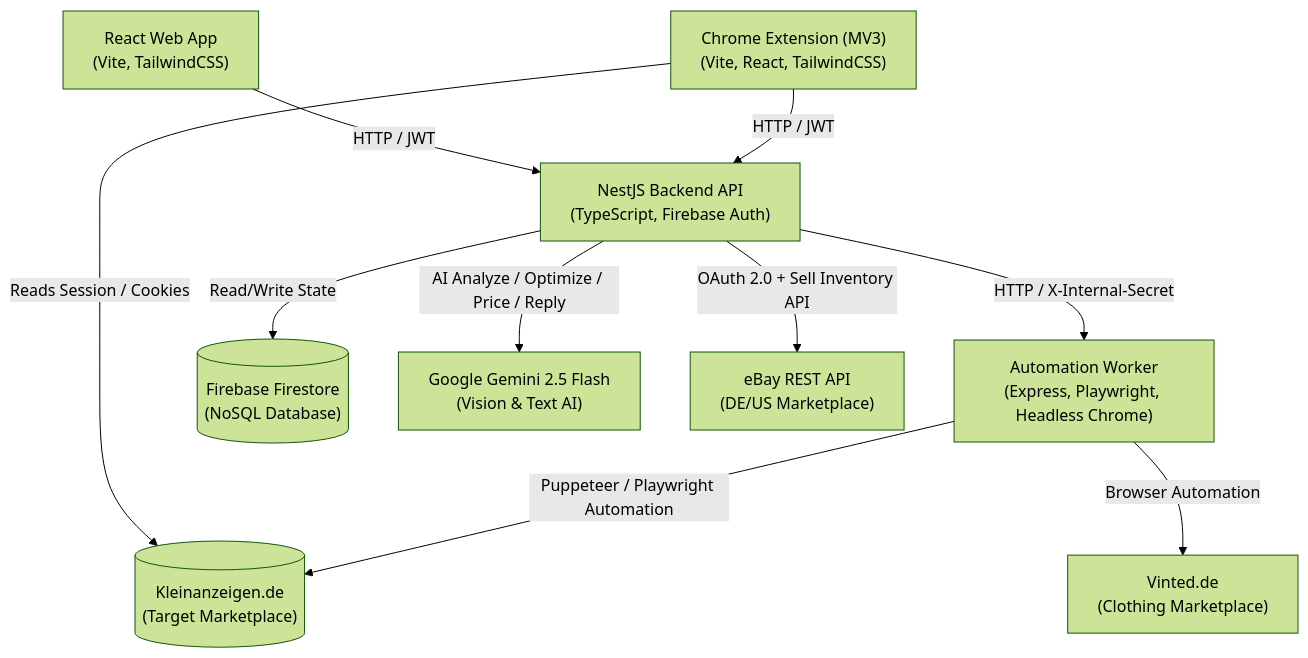
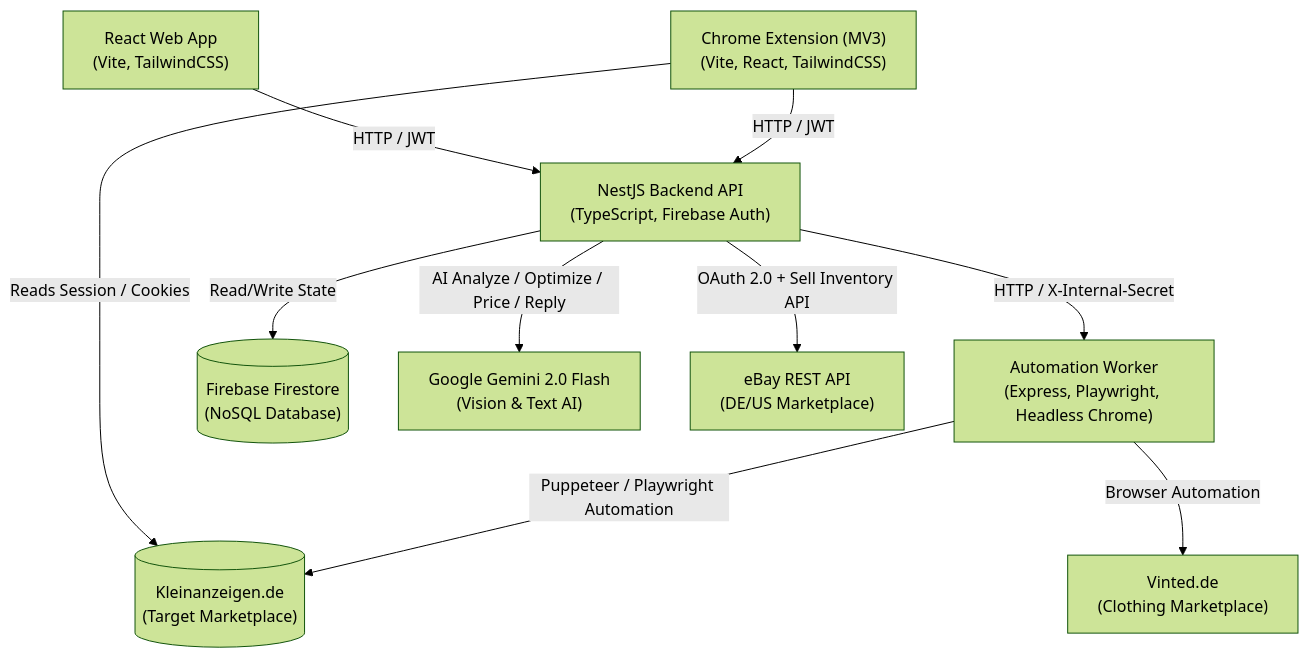
Before and after one commit to Rebaiahmed/kleinanzeigen-boost: the first of 7 diagrams in ARCHITECTURE.md, drawn with Mermaid (forest theme). The commit also changed other lines of this file and 58 other files, not shown here.

````diff
--- a/ARCHITECTURE.md
+++ b/ARCHITECTURE.md
@@ -13,34 +13,34 @@
 ```mermaid
 graph TD
     %% Clients
     WebClient["React Web App<br>(Vite, TailwindCSS)"]
     ChromeExt["Chrome Extension (MV3)<br>(Vite, React, TailwindCSS)"]
     
     %% API Gateway / Orchestration
     NestBackend["NestJS Backend API<br>(TypeScript, Firebase Auth)"]
     
     %% Microservices
     PlaywrightWorker["Automation Worker<br>(Express, Playwright, Headless Chrome)"]
     
     %% Storage
     Firestore[("Firebase Firestore<br>(NoSQL Database)")]
     
     %% External Services
     Kleinanzeigen[("Kleinanzeigen.de<br>(Target Marketplace)")]
-    Gemini["Google Gemini 2.5 Flash<br>(Vision & Text AI)"]
+    Gemini["Google Gemini 2.0 Flash<br>(Vision & Text AI)"]
     Ebay["eBay REST API<br>(DE/US Marketplace)"]
     Vinted["Vinted.de<br>(Clothing Marketplace)"]
 
     %% Communications
     WebClient -->|HTTP / JWT| NestBackend
     ChromeExt -->|HTTP / JWT| NestBackend
     ChromeExt -->|Reads Session / Cookies| Kleinanzeigen
     
     NestBackend -->|Read/Write State| Firestore
     NestBackend -->|HTTP / X-Internal-Secret| PlaywrightWorker
     NestBackend -->|AI Analyze / Optimize / Price / Reply| Gemini
     NestBackend -->|OAuth 2.0 + Sell Inventory API| Ebay
     
     PlaywrightWorker -->|Puppeteer / Playwright Automation| Kleinanzeigen
     PlaywrightWorker -->|Browser Automation| Vinted
 ```
````
